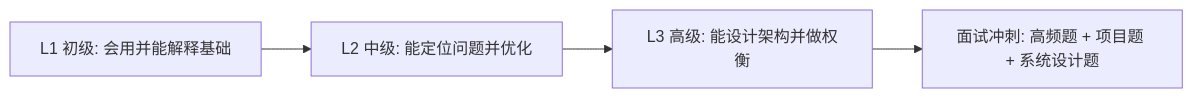
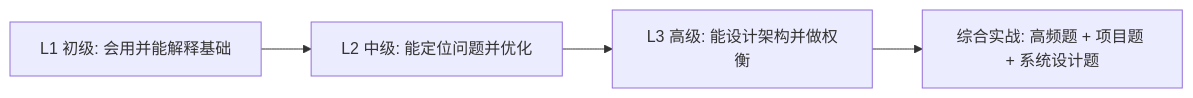
Before and after one commit to ZhcChen/Java-Summary: the diagram in README.md, drawn with Mermaid. The commit also changed other lines of this file and 9 other files, not shown here.

````diff
--- a/README.md
+++ b/README.md
@@ -19,6 +19,6 @@
 ```mermaid
 flowchart LR
     A["L1 初级: 会用并能解释基础"] --> B["L2 中级: 能定位问题并优化"]
     B --> C["L3 高级: 能设计架构并做权衡"]
-    C --> D["面试冲刺: 高频题 + 项目题 + 系统设计题"]
+    C --> D["综合实战: 高频题 + 项目题 + 系统设计题"]
 ```
````
